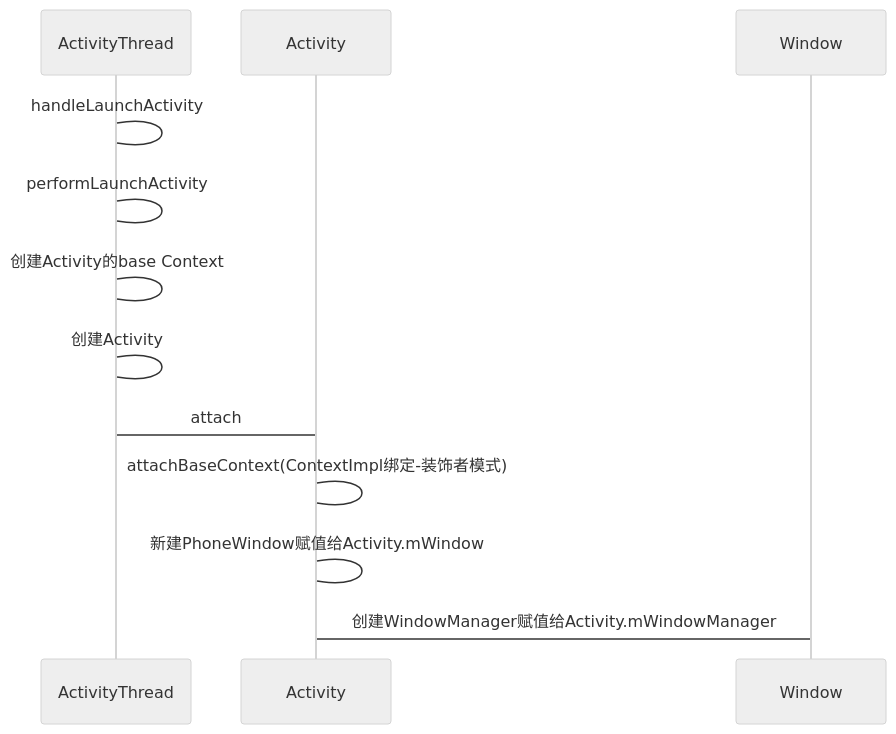
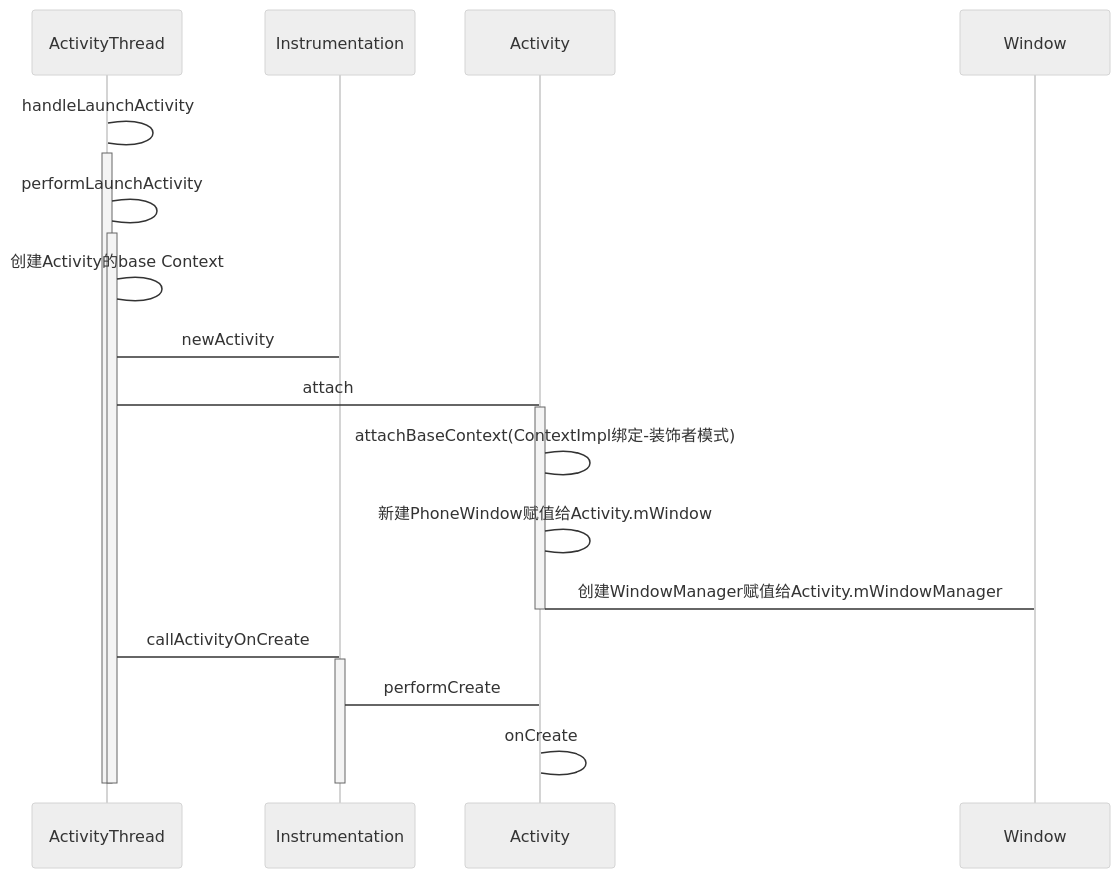
The fifth of 6 diagrams in source/_posts/Android/Android窗口机制.md (swithun-liu/swithun-liu.github.io), drawn with Mermaid (neutral theme) before and after one commit. The commit also changed other lines of this file and 23 other files, not shown here.

````diff
--- a/source/_posts/Android/Android窗口机制.md
+++ b/source/_posts/Android/Android窗口机制.md
@@ -1182,11 +1241,22 @@
 ```mermaid
 sequenceDiagram
 ActivityThread -> ActivityThread: handleLaunchActivity
+activate ActivityThread
 ActivityThread -> ActivityThread: performLaunchActivity
+activate ActivityThread
 ActivityThread -> ActivityThread: 创建Activity的base Context
-ActivityThread -> ActivityThread: 创建Activity
+ActivityThread -> Instrumentation: newActivity
 ActivityThread -> Activity: attach
+activate Activity
 Activity -> Activity: attachBaseContext(ContextImpl绑定-装饰者模式)
 Activity -> Activity: 新建PhoneWindow赋值给Activity.mWindow
 Activity -> Window: 创建WindowManager赋值给Activity.mWindowManager
+deactivate Activity
+ActivityThread -> Instrumentation: callActivityOnCreate
+activate Instrumentation
+Instrumentation -> Activity: performCreate
+Activity -> Activity: onCreate
+deactivate Instrumentation
+deactivate ActivityThread
+deactivate ActivityThread
 ```
````
